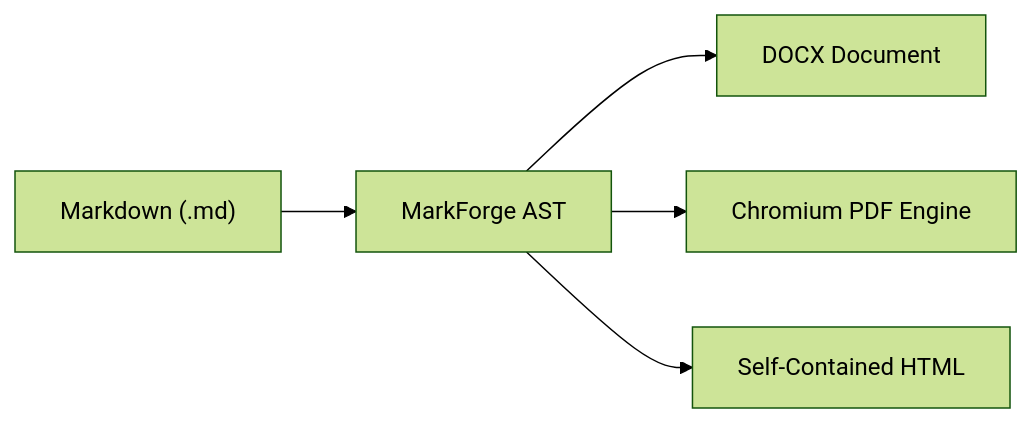
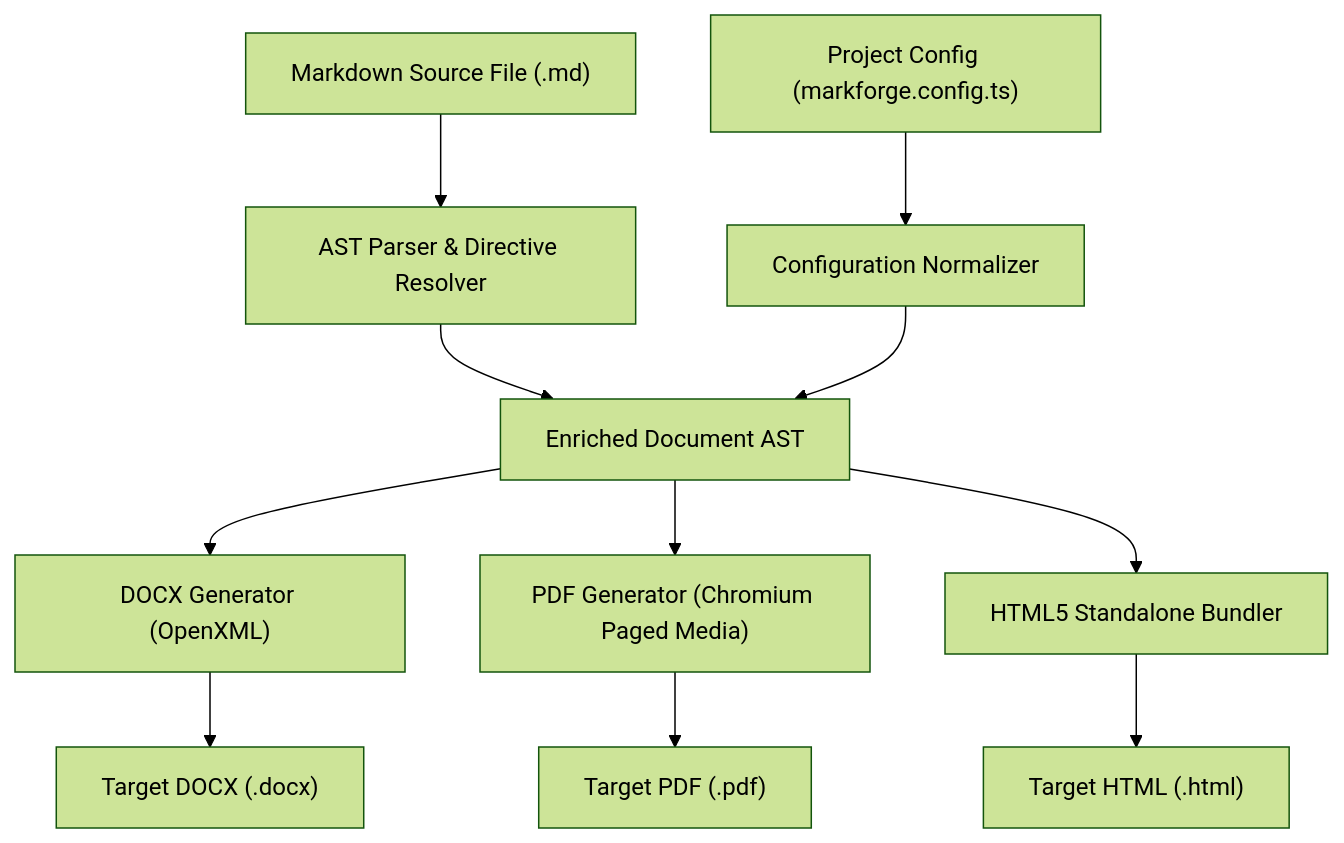
One commit to masumrpg/react-native-library changed the first of 2 diagrams in apps/cli/markforge/docs/full-all-properties.md. Above: the diagram before and after it, drawn with Mermaid (forest theme). The commit also changed other lines of this file and 18 other files, not shown here.

````diff
--- a/apps/cli/markforge/docs/full-all-properties.md
+++ b/apps/cli/markforge/docs/full-all-properties.md
@@ -28,7 +44,13 @@
 ```mermaid
-graph LR
-    MD["Markdown (.md)"] --> AST["MarkForge AST"]
-    AST --> DOCX["DOCX Document"]
-    AST --> PDF["Chromium PDF Engine"]
-    AST --> HTML["Self-Contained HTML"]
+graph TD
+    A["Markdown Source File (.md)"] --> B["AST Parser & Directive Resolver"]
+    C["Project Config (markforge.config.ts)"] --> D["Configuration Normalizer"]
+    B --> E["Enriched Document AST"]
+    D --> E
+    E --> F["DOCX Generator (OpenXML)"]
+    E --> G["PDF Generator (Chromium Paged Media)"]
+    E --> H["HTML5 Standalone Bundler"]
+    F --> I["Target DOCX (.docx)"]
+    G --> J["Target PDF (.pdf)"]
+    H --> K["Target HTML (.html)"]
 ```
````
